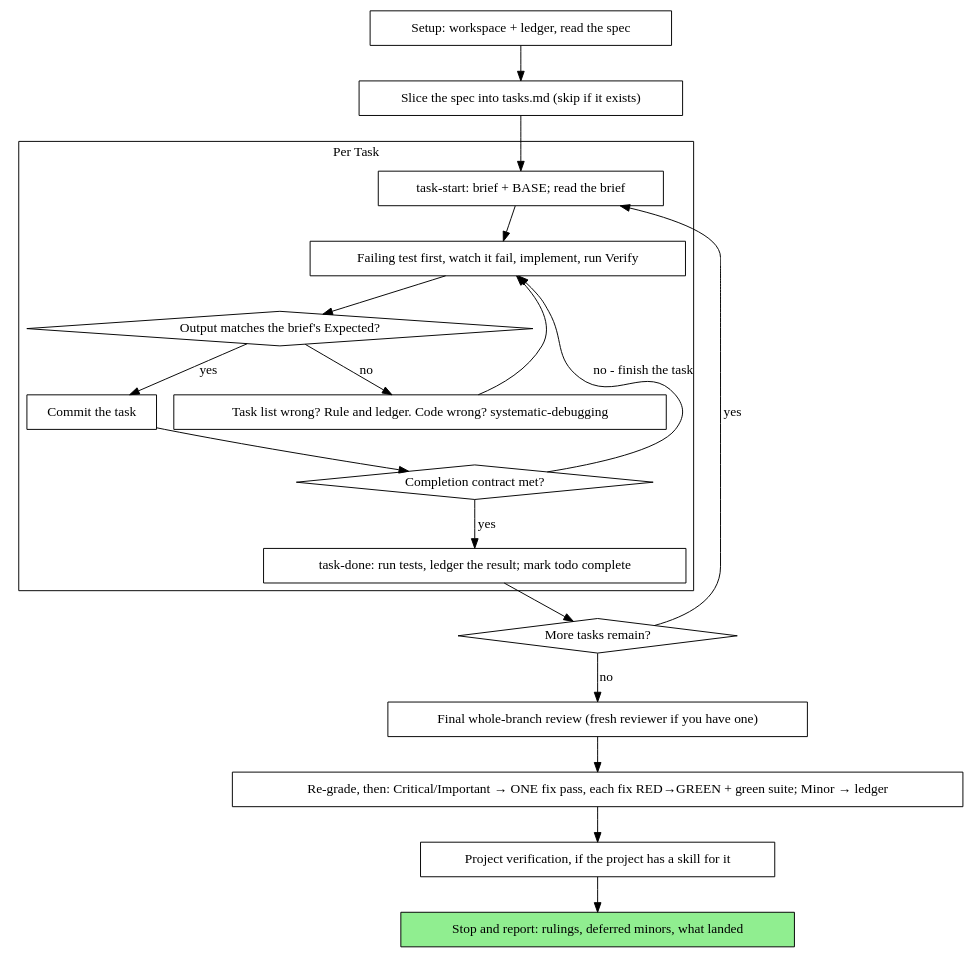
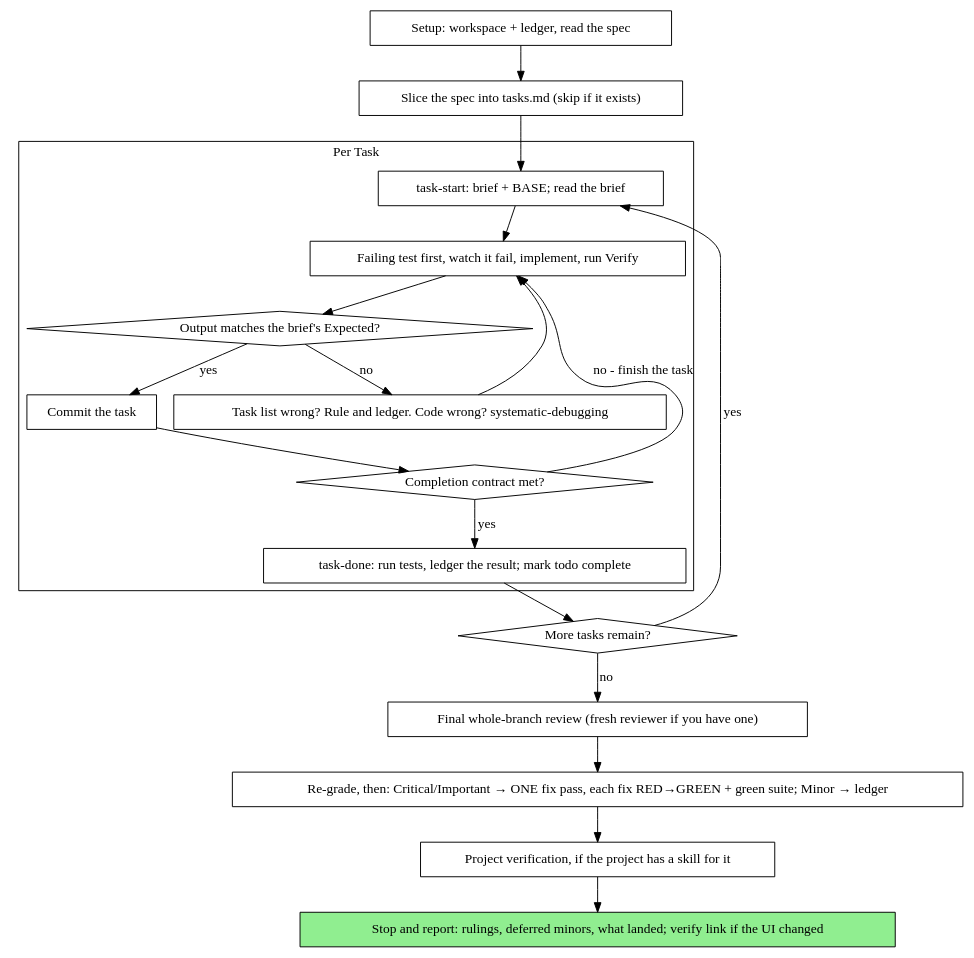
One commit to Innei/ryugi changed the diagram in skills/executing-specs/SKILL.md. Above: the diagram before and after it, drawn with Graphviz. The commit also changed other lines of this file and 7 other files, not shown here.

````diff
--- a/skills/executing-specs/SKILL.md
+++ b/skills/executing-specs/SKILL.md
@@ -56,41 +56,41 @@
 ```dot
 digraph process {
     rankdir=TB;
 
     subgraph cluster_per_task {
         label="Per Task";
         "task-start: brief + BASE; read the brief" [shape=box];
         "Failing test first, watch it fail, implement, run Verify" [shape=box];
         "Output matches the brief's Expected?" [shape=diamond];
         "Task list wrong? Rule and ledger. Code wrong? systematic-debugging" [shape=box];
         "Commit the task" [shape=box];
         "Completion contract met?" [shape=diamond];
         "task-done: run tests, ledger the result; mark todo complete" [shape=box];
     }
 
     "Setup: workspace + ledger, read the spec" [shape=box];
     "Slice the spec into tasks.md (skip if it exists)" [shape=box];
     "More tasks remain?" [shape=diamond];
     "Final whole-branch review (fresh reviewer if you have one)" [shape=box];
     "Re-grade, then: Critical/Important → ONE fix pass, each fix RED→GREEN + green suite; Minor → ledger" [shape=box];
     "Project verification, if the project has a skill for it" [shape=box];
-    "Stop and report: rulings, deferred minors, what landed" [shape=box style=filled fillcolor=lightgreen];
+    "Stop and report: rulings, deferred minors, what landed; verify link if the UI changed" [shape=box style=filled fillcolor=lightgreen];
 
     "Setup: workspace + ledger, read the spec" -> "Slice the spec into tasks.md (skip if it exists)";
     "Slice the spec into tasks.md (skip if it exists)" -> "task-start: brief + BASE; read the brief";
     "task-start: brief + BASE; read the brief" -> "Failing test first, watch it fail, implement, run Verify";
     "Failing test first, watch it fail, implement, run Verify" -> "Output matches the brief's Expected?";
     "Output matches the brief's Expected?" -> "Task list wrong? Rule and ledger. Code wrong? systematic-debugging" [label="no"];
     "Task list wrong? Rule and ledger. Code wrong? systematic-debugging" -> "Failing test first, watch it fail, implement, run Verify";
     "Output matches the brief's Expected?" -> "Commit the task" [label="yes"];
     "Commit the task" -> "Completion contract met?";
     "Completion contract met?" -> "Failing test first, watch it fail, implement, run Verify" [label="no - finish the task"];
     "Completion contract met?" -> "task-done: run tests, ledger the result; mark todo complete" [label="yes"];
     "task-done: run tests, ledger the result; mark todo complete" -> "More tasks remain?";
     "More tasks remain?" -> "task-start: brief + BASE; read the brief" [label="yes"];
     "More tasks remain?" -> "Final whole-branch review (fresh reviewer if you have one)" [label="no"];
     "Final whole-branch review (fresh reviewer if you have one)" -> "Re-grade, then: Critical/Important → ONE fix pass, each fix RED→GREEN + green suite; Minor → ledger";
     "Re-grade, then: Critical/Important → ONE fix pass, each fix RED→GREEN + green suite; Minor → ledger" -> "Project verification, if the project has a skill for it";
-    "Project verification, if the project has a skill for it" -> "Stop and report: rulings, deferred minors, what landed";
+    "Project verification, if the project has a skill for it" -> "Stop and report: rulings, deferred minors, what landed; verify link if the UI changed";
 }
 ```
````
